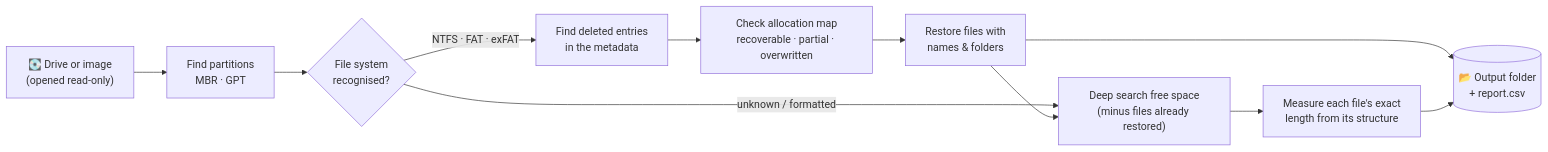
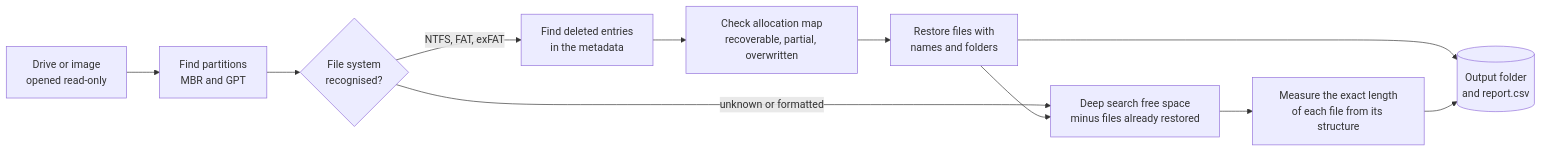
Before and after one commit to itsmrroot/Recover-Deleted-Files: the diagram in README.md, drawn with Mermaid.

Commit message:
README: simplify diagram labels for GitHub's Mermaid renderer

````diff
--- a/README.md
+++ b/README.md
@@ -202,13 +202,13 @@
 ```mermaid
 flowchart LR
-    A["💽 Drive or image<br/>(opened read-only)"] --> B["Find partitions<br/>MBR · GPT"]
+    A["Drive or image<br/>opened read-only"] --> B["Find partitions<br/>MBR and GPT"]
     B --> C{"File system<br/>recognised?"}
-    C -- "NTFS · FAT · exFAT" --> D["Find deleted entries<br/>in the metadata"]
-    D --> E["Check allocation map<br/>recoverable · partial · overwritten"]
-    E --> F["Restore files with<br/>names & folders"]
-    C -- "unknown / formatted" --> G
-    F --> G["Deep search free space<br/>(minus files already restored)"]
-    G --> H["Measure each file's exact<br/>length from its structure"]
-    F --> I[("📂 Output folder<br/>+ report.csv")]
+    C -->|"NTFS, FAT, exFAT"| D["Find deleted entries<br/>in the metadata"]
+    D --> E["Check allocation map<br/>recoverable, partial, overwritten"]
+    E --> F["Restore files with<br/>names and folders"]
+    C -->|"unknown or formatted"| G
+    F --> G["Deep search free space<br/>minus files already restored"]
+    G --> H["Measure the exact length<br/>of each file from its structure"]
+    F --> I[("Output folder<br/>and report.csv")]
     H --> I
 ```
````
